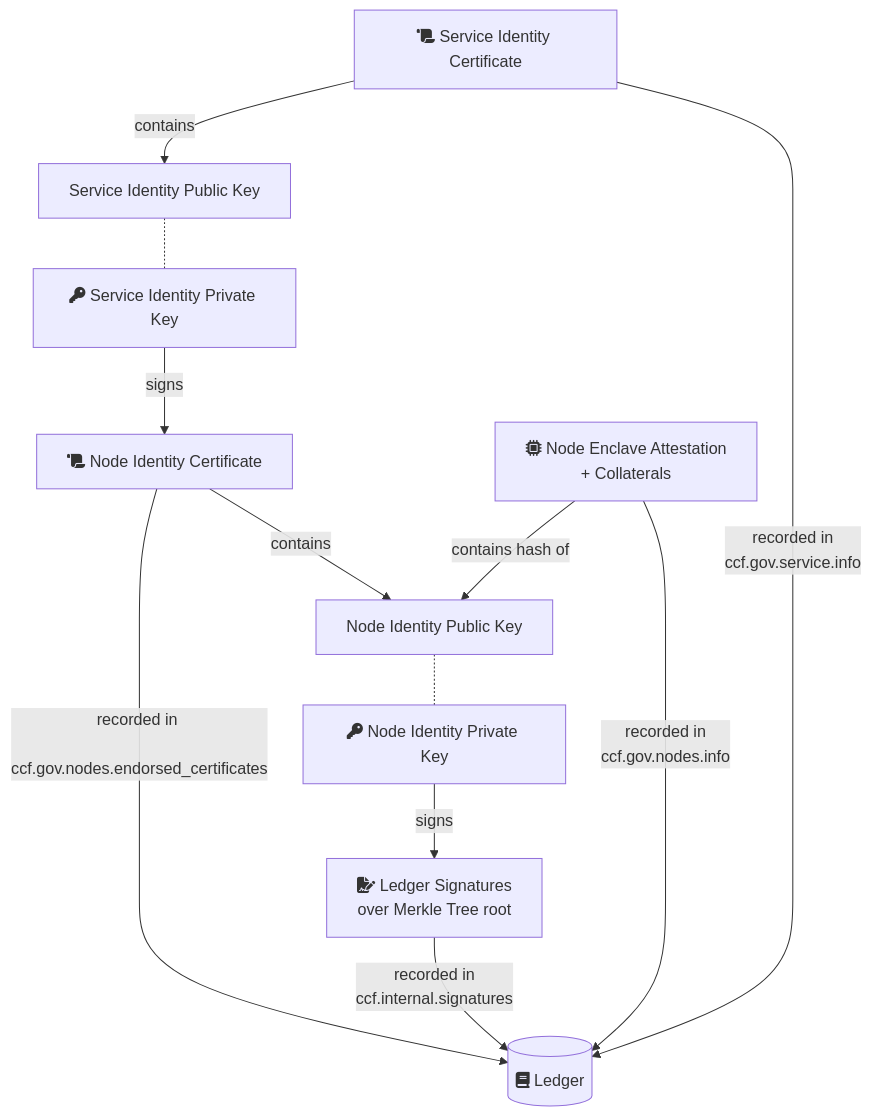
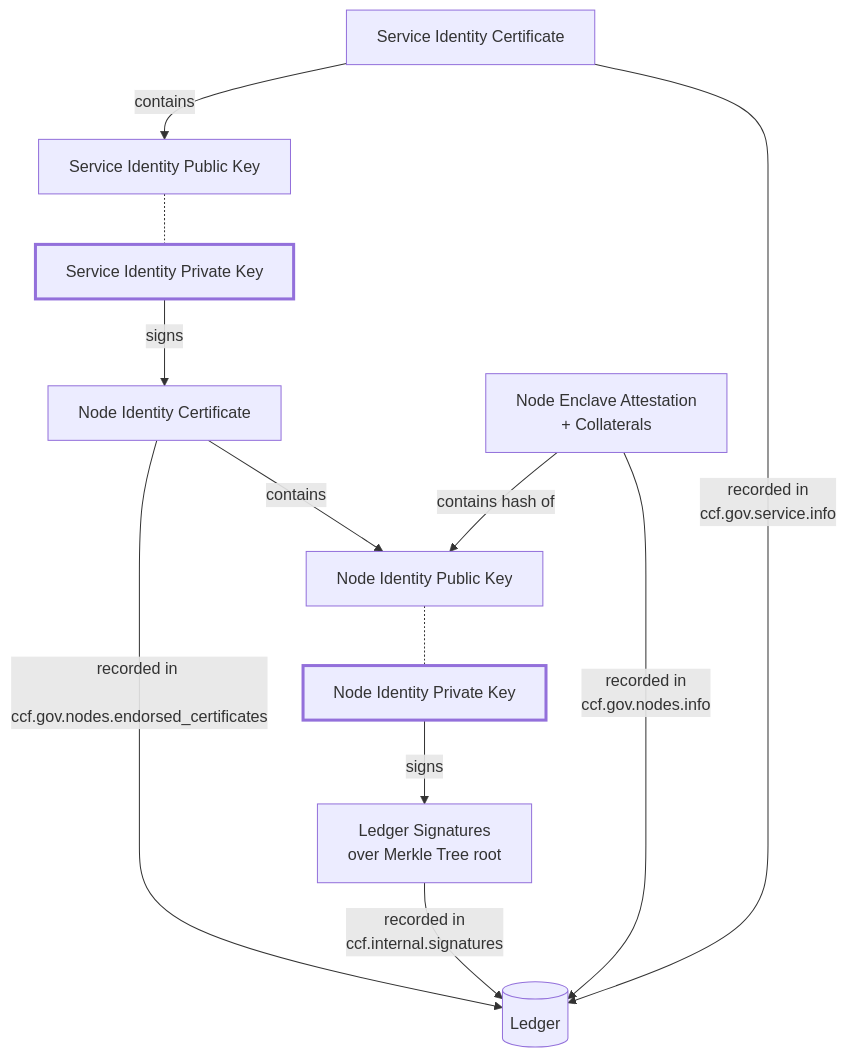
Before and after one commit to microsoft/CCF: the first of 2 diagrams in doc/architecture/cryptography.rst, drawn with Mermaid. The commit also changed other lines of this file and 17 other files, not shown here.

First line of the commit message:
Migrate Sphinx diagrams to Pele

```diff
--- a/doc/architecture/cryptography.rst
+++ b/doc/architecture/cryptography.rst
@@ -53,14 +53,16 @@
 .. mermaid::
 
     flowchart TB
-        ServiceCert[fa:fa-scroll Service Identity Certificate] --contains--> ServicePubk[Service Identity Public Key]
-        ServicePubk -.- ServicePrivk[fa:fa-key Service Identity Private Key]
-        NodePubk[Node Identity Public Key] -.- NodePrivk[fa:fa-key Node Identity Private Key]
-        ServiceCert -- recorded in <br> ccf.gov.service.info --> Ledger[(fa:fa-book Ledger)]
-        NodeCert[fa:fa-scroll Node Identity Certificate] -- recorded in <br> ccf.gov.nodes.endorsed_certificates --> Ledger
+        classDef EnclaveKey stroke-width:3px
+        ServiceCert[Service Identity Certificate] --contains--> ServicePubk[Service Identity Public Key]
+        ServicePubk -.- ServicePrivk[Service Identity Private Key]
+        NodePubk[Node Identity Public Key] -.- NodePrivk[Node Identity Private Key]
+        class ServicePrivk,NodePrivk EnclaveKey
+        ServiceCert -- recorded in <br> ccf.gov.service.info --> Ledger[(Ledger)]
+        NodeCert[Node Identity Certificate] -- recorded in <br> ccf.gov.nodes.endorsed_certificates --> Ledger
         ServicePrivk -- signs --> NodeCert
-        NodePrivk -- signs --> Signature[fa:fa-file-signature Ledger Signatures <br> over Merkle Tree root]
+        NodePrivk -- signs --> Signature[Ledger Signatures <br> over Merkle Tree root]
         Signature -- recorded in <br> ccf.internal.signatures --> Ledger
-        Attestation[fa:fa-microchip Node Enclave Attestation <br> + Collaterals] -- contains hash of --> NodePubk
+        Attestation[Node Enclave Attestation <br> + Collaterals] -- contains hash of --> NodePubk
         NodeCert -- contains --> NodePubk
         Attestation -- recorded in <br> ccf.gov.nodes.info --> Ledger
```
